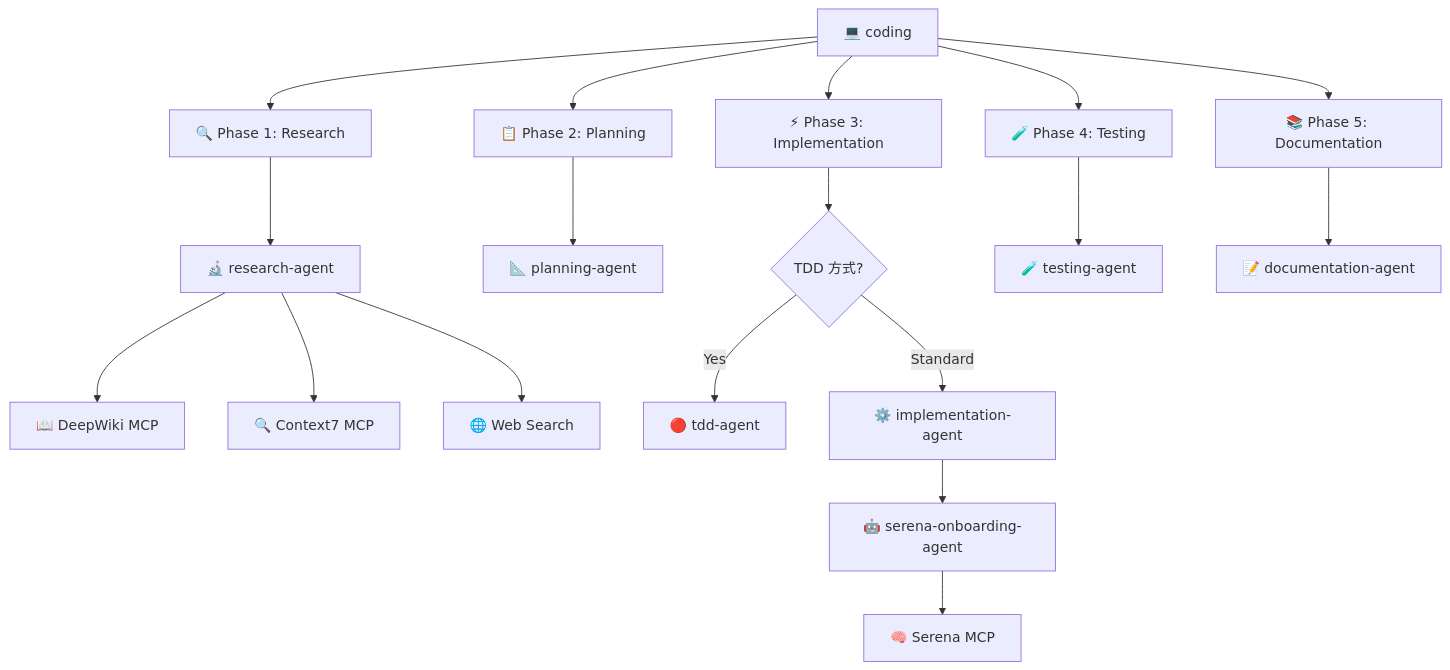
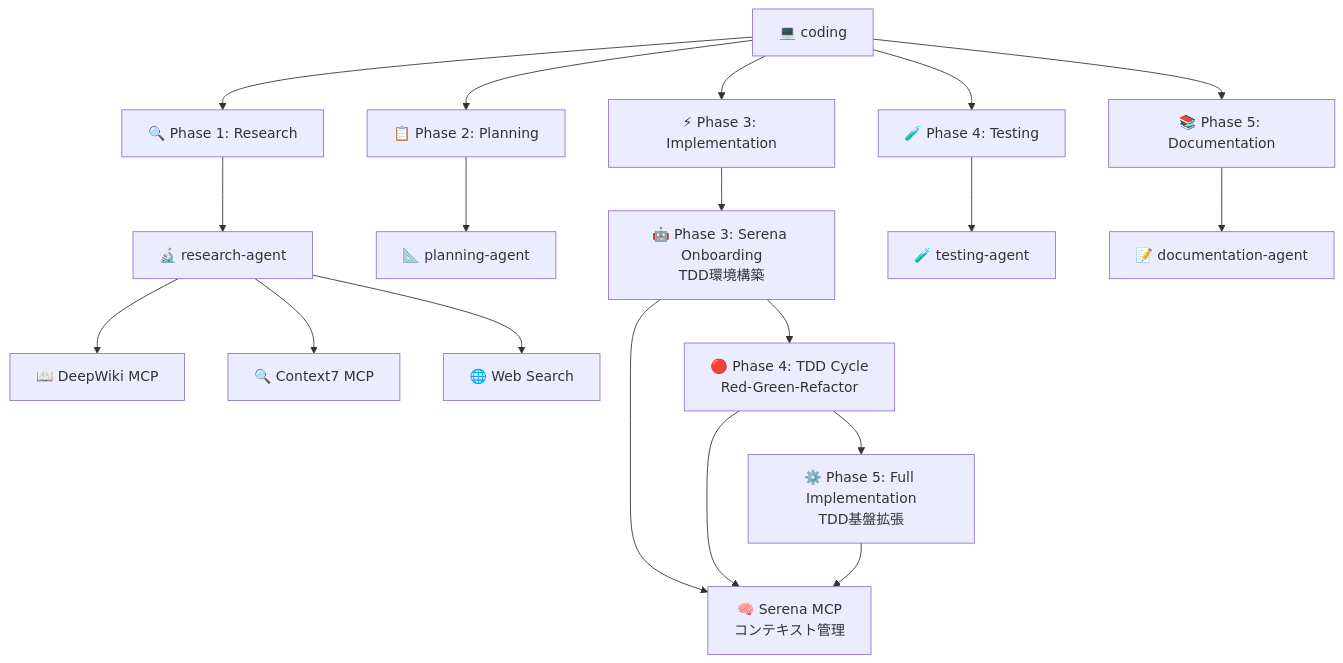
One commit to s-hiraoku/b2b-design-system changed the third of 9 diagrams in docs/ARCHITECTURE.md. Above: the diagram before and after it, drawn with Mermaid. The commit also changed other lines of this file and 24 other files, not shown here.

````diff
--- a/docs/ARCHITECTURE.md
+++ b/docs/ARCHITECTURE.md
@@ -59,32 +73,33 @@
 ```mermaid
 graph TD
     CodingMain[💻 coding] --> ResearchPhase[🔍 Phase 1: Research]
     CodingMain --> PlanningPhase[📋 Phase 2: Planning]
     CodingMain --> ImplementPhase[⚡ Phase 3: Implementation]
     CodingMain --> TestPhase[🧪 Phase 4: Testing]
     CodingMain --> DocPhase[📚 Phase 5: Documentation]
-    
+
     %% Research Phase
     ResearchPhase --> ResearchAgent[🔬 research-agent]
     ResearchAgent --> DeepWiki[📖 DeepWiki MCP]
     ResearchAgent --> Context7[🔍 Context7 MCP]
     ResearchAgent --> WebSearch[🌐 Web Search]
-    
-    %% Planning Phase  
+
+    %% Planning Phase
     PlanningPhase --> PlanningAgent[📐 planning-agent]
-    
-    %% Implementation Phase
-    ImplementPhase --> TDDChoice{TDD 方式?}
-    TDDChoice -->|Yes| TDDAgent[🔴 tdd-agent]
-    TDDChoice -->|Standard| ImplementAgent[⚙️ implementation-agent]
-    
-    %% Serena Integration
-    ImplementAgent --> SerenaOnboard[🤖 serena-onboarding-agent]
-    SerenaOnboard --> SerenaMCP[🧠 Serena MCP]
-    
+
+    %% Implementation Phase (TDD統一フロー)
+    ImplementPhase --> SerenaOnboard[🤖 Phase 3: Serena Onboarding<br/>TDD環境構築]
+    SerenaOnboard --> TDDCycle[🔴 Phase 4: TDD Cycle<br/>Red-Green-Refactor]
+    TDDCycle --> FullImpl[⚙️ Phase 5: Full Implementation<br/>TDD基盤拡張]
+
+    %% Serena MCP Integration
+    SerenaOnboard --> SerenaMCP[🧠 Serena MCP<br/>コンテキスト管理]
+    TDDCycle --> SerenaMCP
+    FullImpl --> SerenaMCP
+
     %% Testing Phase
     TestPhase --> TestingAgent[🧪 testing-agent]
-    
+
     %% Documentation Phase
     DocPhase --> DocumentationAgent[📝 documentation-agent]
 ```
````
